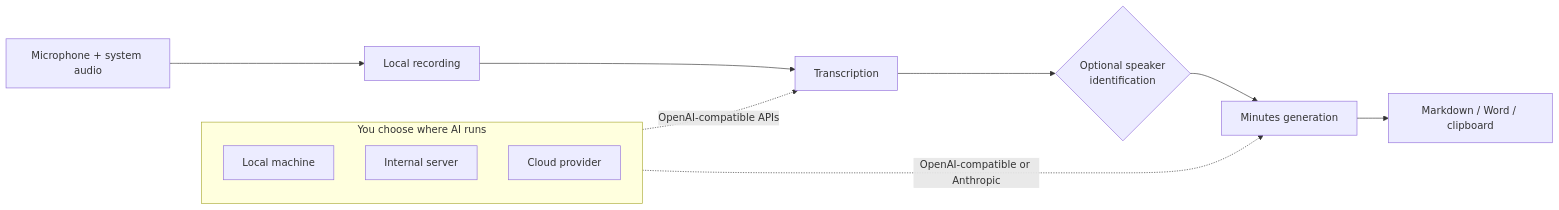
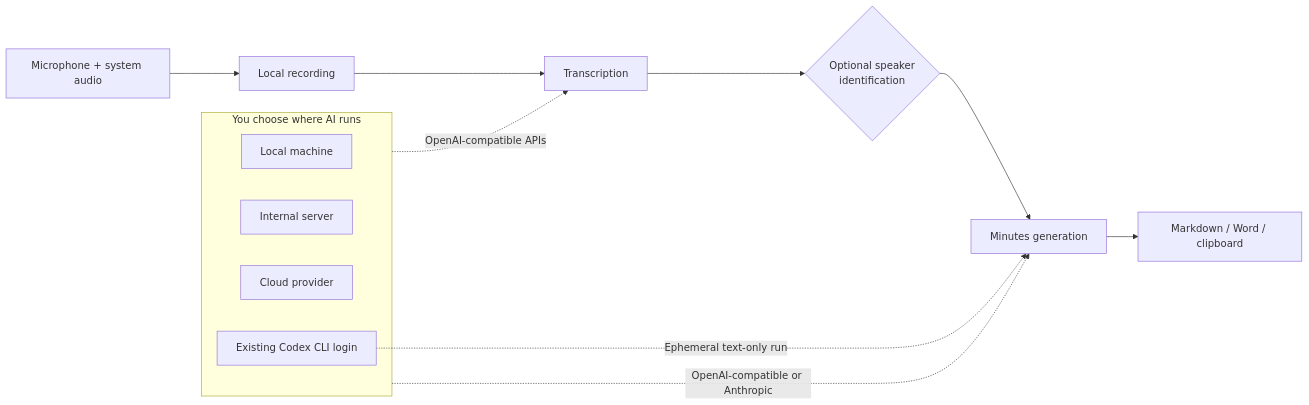
The diagram in README.md (sockulags/referat), drawn with Mermaid before and after one commit. The commit also changed other lines of this file and 13 other files, not shown here.

Commit message:
feat: add Codex CLI summary provider (#33)

````diff
--- a/README.md
+++ b/README.md
@@ -63,17 +64,19 @@
 ```mermaid
 flowchart LR
     A[Microphone + system audio] --> B[Local recording]
     B --> C[Transcription]
     C --> D{Optional speaker\nidentification}
     D --> E[Minutes generation]
     E --> F[Markdown / Word / clipboard]
 
     subgraph Choice[You choose where AI runs]
       L[Local machine]
       I[Internal server]
       P[Cloud provider]
+      K[Existing Codex CLI login]
     end
 
     Choice -. OpenAI-compatible APIs .-> C
     Choice -. OpenAI-compatible or Anthropic .-> E
+    K -. Ephemeral text-only run .-> E
 ```
````
